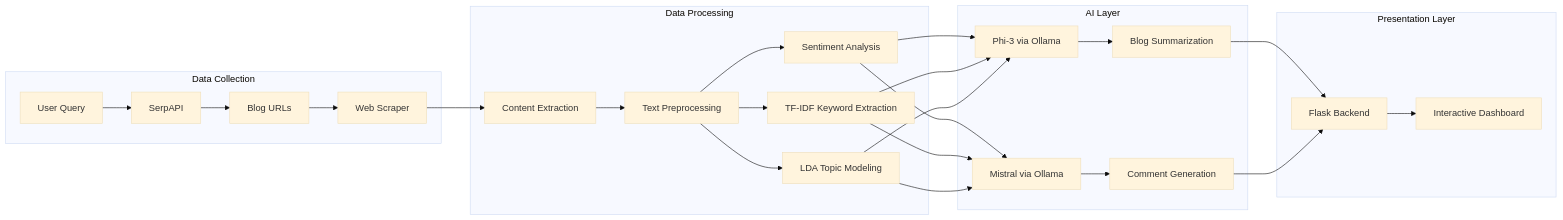
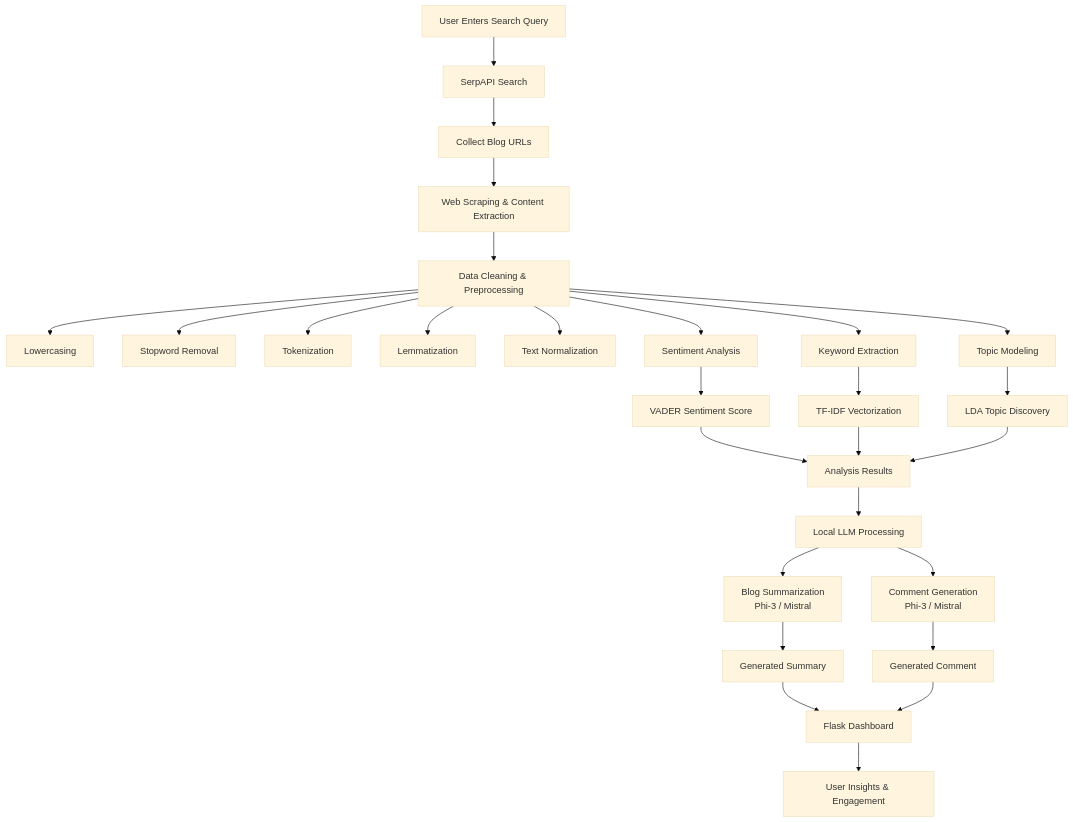
Before and after one commit to ashiriqbal18/Automated-Blog-Posting-Engagement-System: the diagram in README.md, drawn with Mermaid (base theme).

````diff
--- a/README.md
+++ b/README.md
@@ -106,56 +107,44 @@
 ```mermaid
-flowchart LR
+flowchart TD
 
-subgraph Data Collection
-A[User Query]
-B[SerpAPI]
-C[Blog URLs]
-D[Web Scraper]
-end
+A[User Enters Search Query] --> B[SerpAPI Search]
 
-subgraph Data Processing
-E[Content Extraction]
-F[Text Preprocessing]
-G[Sentiment Analysis]
-H[TF-IDF Keyword Extraction]
-I[LDA Topic Modeling]
-end
+B --> C[Collect Blog URLs]
 
-subgraph AI Layer
-J[Phi-3 via Ollama]
-K[Mistral via Ollama]
-L[Blog Summarization]
-M[Comment Generation]
-end
+C --> D[Web Scraping & Content Extraction]
 
-subgraph Presentation Layer
-N[Flask Backend]
-O[Interactive Dashboard]
-end
+D --> E[Data Cleaning & Preprocessing]
 
-A --> B
-B --> C
-C --> D
-D --> E
-E --> F
+E --> E1[Lowercasing]
+E --> E2[Stopword Removal]
+E --> E3[Tokenization]
+E --> E4[Lemmatization]
+E --> E5[Text Normalization]
 
-F --> G
-F --> H
-F --> I
+E --> F[Sentiment Analysis]
+F --> F1[VADER Sentiment Score]
 
-G --> J
-H --> J
-I --> J
+E --> G[Keyword Extraction]
+G --> G1[TF-IDF Vectorization]
 
-G --> K
-H --> K
-I --> K
+E --> H[Topic Modeling]
+H --> H1[LDA Topic Discovery]
 
-J --> L
-K --> M
+F1 --> I[Analysis Results]
+G1 --> I
+H1 --> I
 
-L --> N
-M --> N
+I --> J[Local LLM Processing]
 
-N --> O
+J --> J1[Blog Summarization<br/>Phi-3 / Mistral]
+
+J --> J2[Comment Generation<br/>Phi-3 / Mistral]
+
+J1 --> K[Generated Summary]
+J2 --> L[Generated Comment]
+
+K --> M[Flask Dashboard]
+L --> M
+
+M --> N[User Insights & Engagement]
 ```
````
